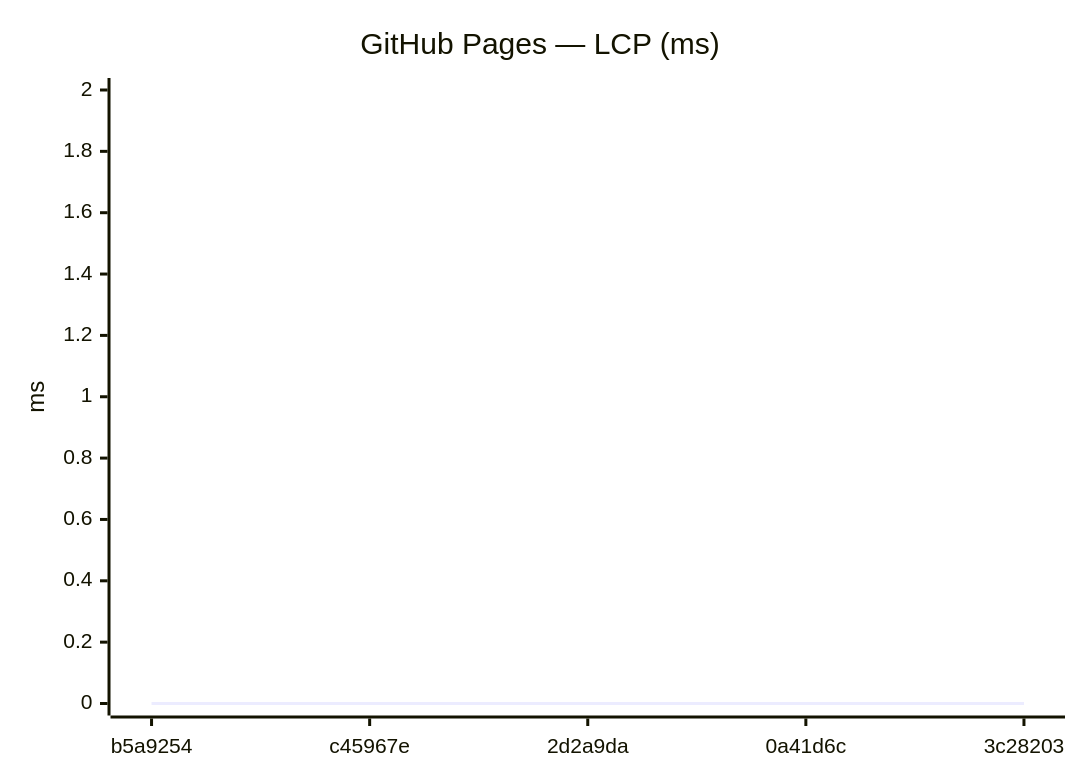
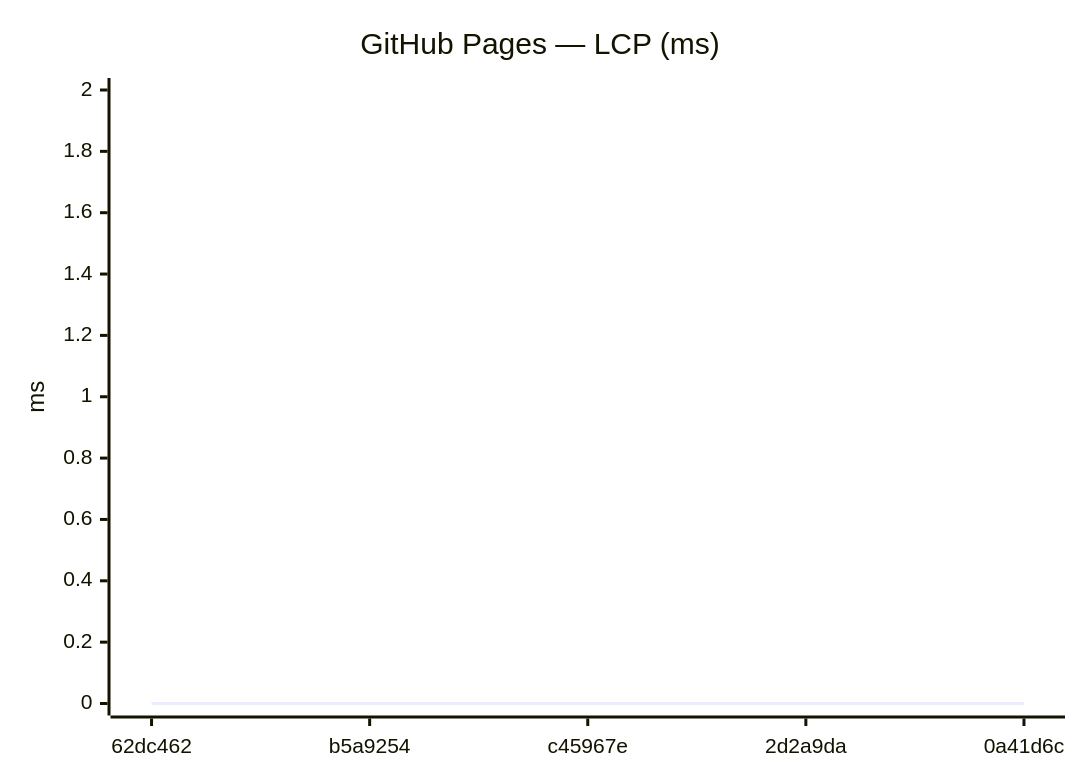
One commit to Metaheurist/Rianell changed the ninth of 18 diagrams in benchmarks/compare.md. Above: the diagram before and after it, drawn with Mermaid. The commit also changed other lines of this file and 11 other files, not shown here.

````diff
--- a/benchmarks/compare.md
+++ b/benchmarks/compare.md
@@ -142,7 +142,7 @@
 ```mermaid
 xychart-beta
     title "GitHub Pages — LCP (ms)"
-    x-axis ["b5a9254", "c45967e", "2d2a9da", "0a41d6c", "3c28203"]
+    x-axis ["62dc462", "b5a9254", "c45967e", "2d2a9da", "0a41d6c"]
     y-axis "ms" 0 --> 2
     line [0, 0, 0, 0, 0]
 ```
````
